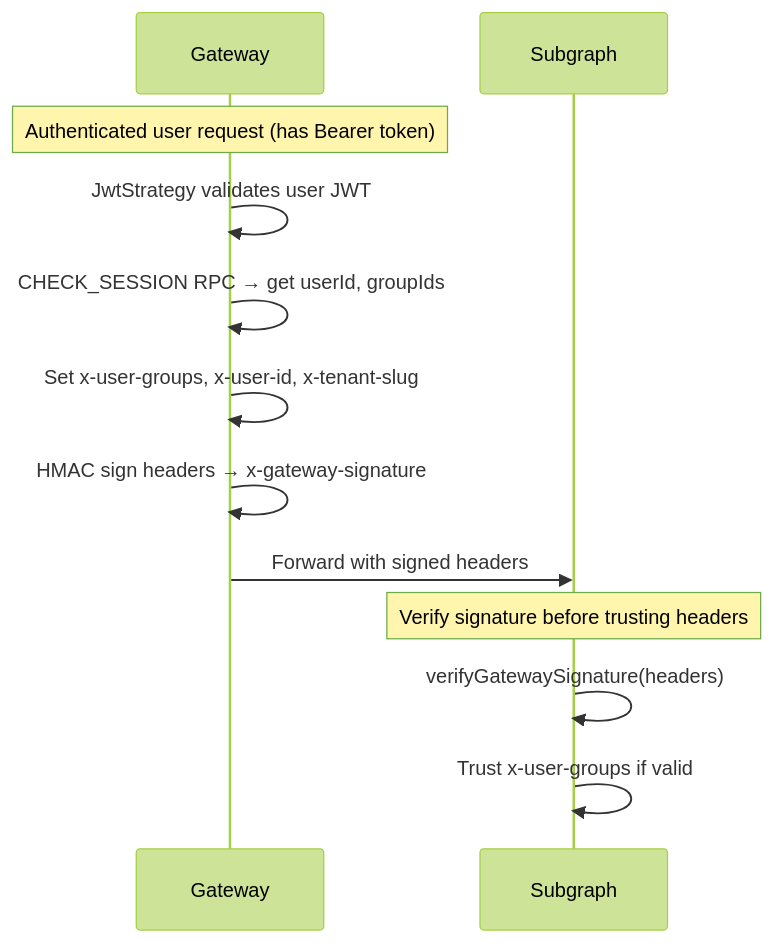
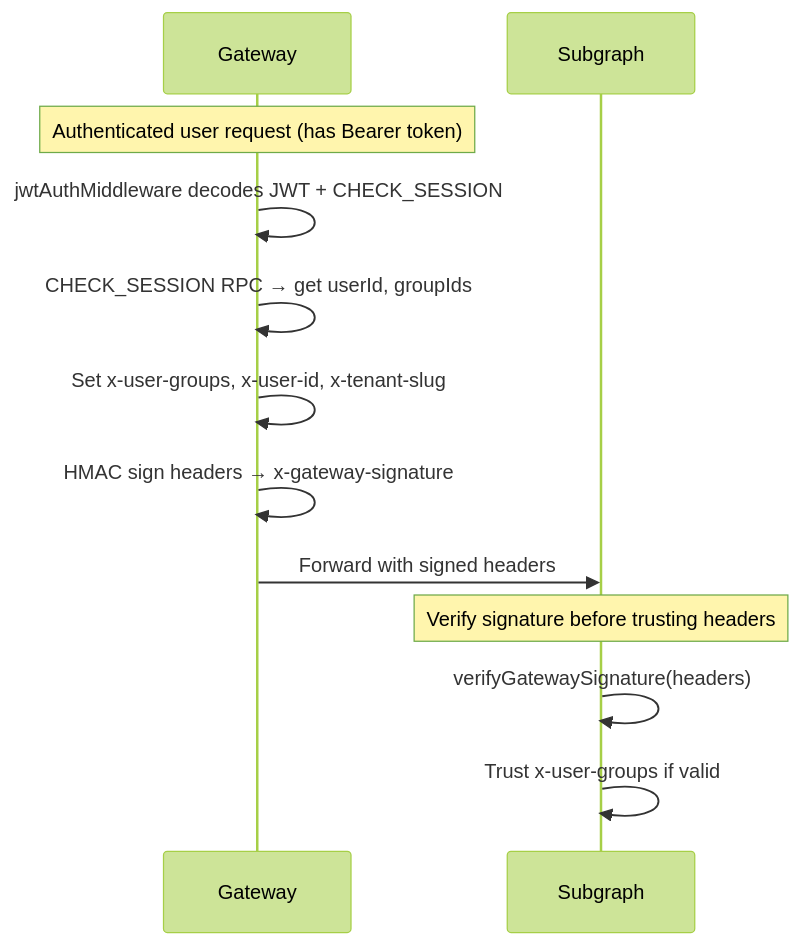
One commit to CucuProject/cucu-docs changed the second of 4 diagrams in docs/shared/security.md. Above: the diagram before and after it, drawn with Mermaid (forest theme). The commit also changed 14 other files, not shown here.

First line of the commit message:
docs: update for nestjs-cls migration, JWT middleware, and auth orchestrator changes

````diff
--- a/docs/shared/security.md
+++ b/docs/shared/security.md
@@ -190,16 +190,16 @@
 ```mermaid
 sequenceDiagram
     participant GW as Gateway
     participant SG as Subgraph
 
     Note over GW: Authenticated user request (has Bearer token)
-    GW->>GW: JwtStrategy validates user JWT
+    GW->>GW: jwtAuthMiddleware decodes JWT + CHECK_SESSION
     GW->>GW: CHECK_SESSION RPC → get userId, groupIds
     GW->>GW: Set x-user-groups, x-user-id, x-tenant-slug
     GW->>GW: HMAC sign headers → x-gateway-signature
     GW->>SG: Forward with signed headers
 
     Note over SG: Verify signature before trusting headers
     SG->>SG: verifyGatewaySignature(headers)
     SG->>SG: Trust x-user-groups if valid
 ```
````
